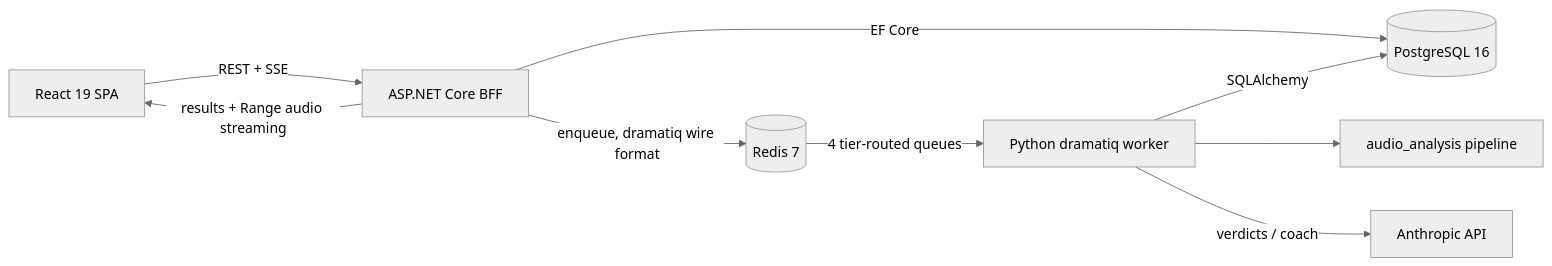
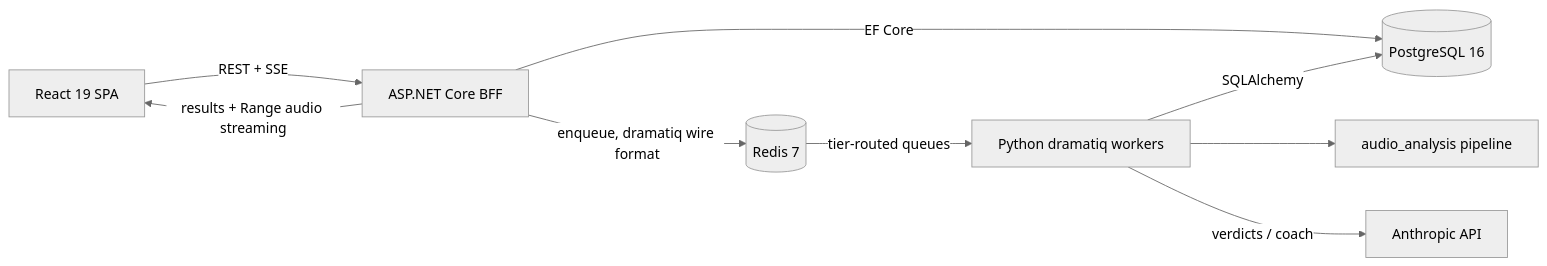
One commit to rankinbc/AIMusicAnalysisSite changed the diagram in README.md. Above: the diagram before and after it, drawn with Mermaid (neutral theme). The commit also changed other lines of this file and 7 other files, not shown here.

First line of the commit message:
docs(readme): live site link, feature list, how-it-works section with pipeline diagram

````diff
--- a/README.md
+++ b/README.md
@@ -32,11 +79,11 @@
 ```mermaid
 flowchart LR
   SPA[React 19 SPA] -->|REST + SSE| BFF[ASP.NET Core BFF]
   BFF -->|EF Core| PG[(PostgreSQL 16)]
   BFF -->|enqueue, dramatiq wire format| R[(Redis 7)]
-  R -->|4 tier-routed queues| W[Python dramatiq worker]
+  R -->|tier-routed queues| W[Python dramatiq workers]
   W --> AP[audio_analysis pipeline]
   W -->|verdicts / coach| LLM[Anthropic API]
   W -->|SQLAlchemy| PG
   BFF -->|results + Range audio streaming| SPA
 ```
````
